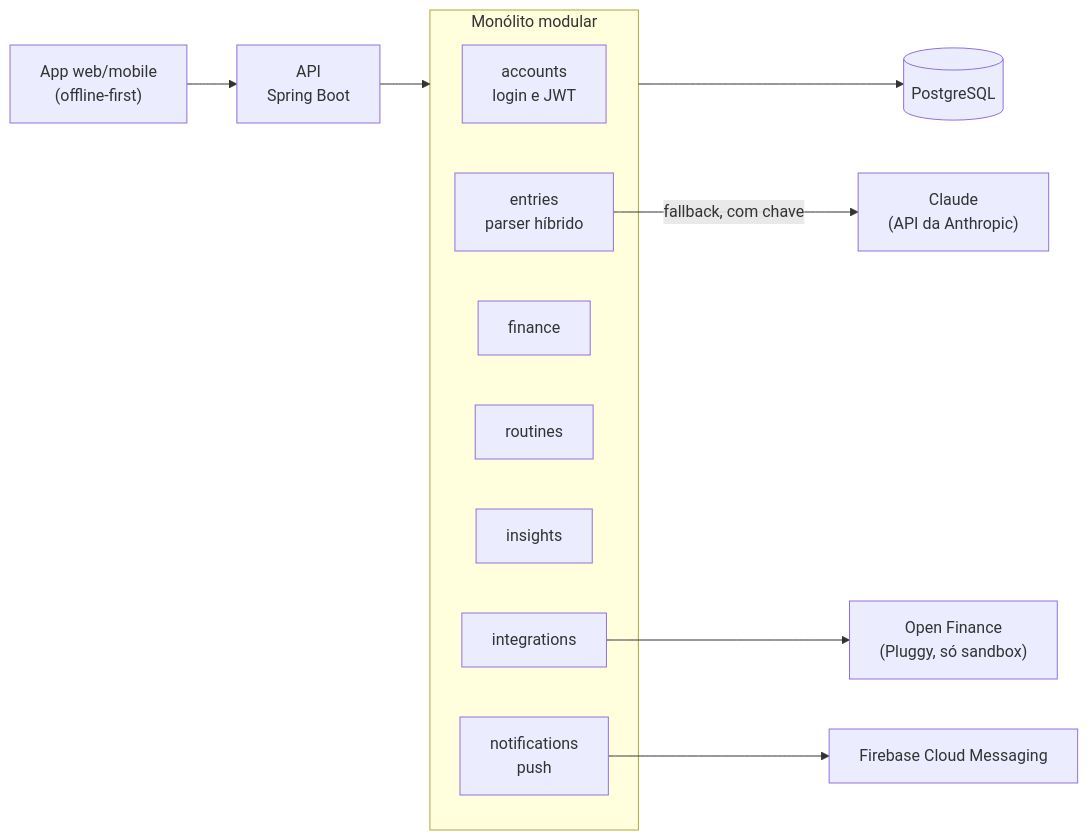
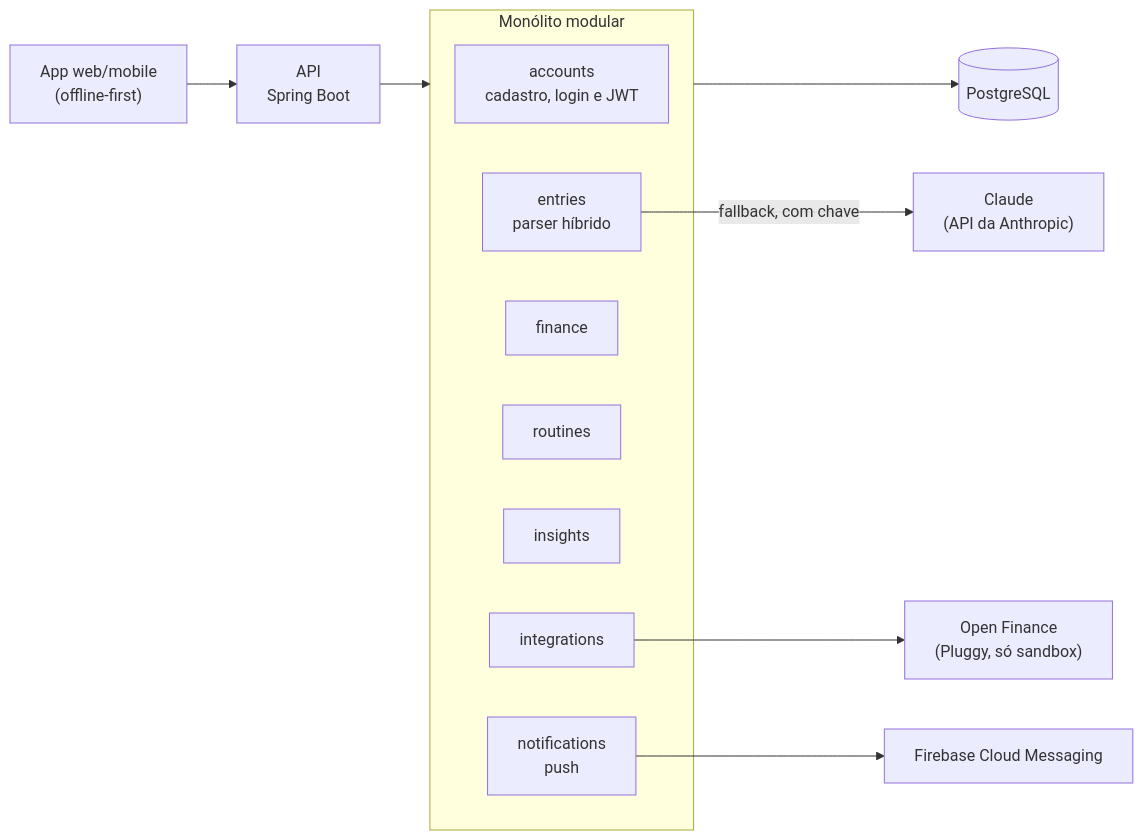
The diagram in README.md (GabrieliModollo/mydly), drawn with Mermaid before and after one commit. The commit also changed other lines of this file and 3 other files, not shown here.

````diff
--- a/README.md
+++ b/README.md
@@ -31,18 +31,18 @@
 ```mermaid
 flowchart LR
     App["App web/mobile<br/>(offline-first)"] --> API["API<br/>Spring Boot"]
     subgraph API_MOD["Monólito modular"]
-        accounts["accounts<br/>login e JWT"]
+        accounts["accounts<br/>cadastro, login e JWT"]
         entries["entries<br/>parser híbrido"]
         finance["finance"]
         routines["routines"]
         insights["insights"]
         integrations["integrations"]
         notifications["notifications<br/>push"]
     end
     API --> API_MOD
     entries -->|"fallback, com chave"| LLM["Claude<br/>(API da Anthropic)"]
     integrations --> OF["Open Finance<br/>(Pluggy, só sandbox)"]
     notifications --> FCM["Firebase Cloud Messaging"]
     API_MOD --> DB[("PostgreSQL")]
 ```
````
